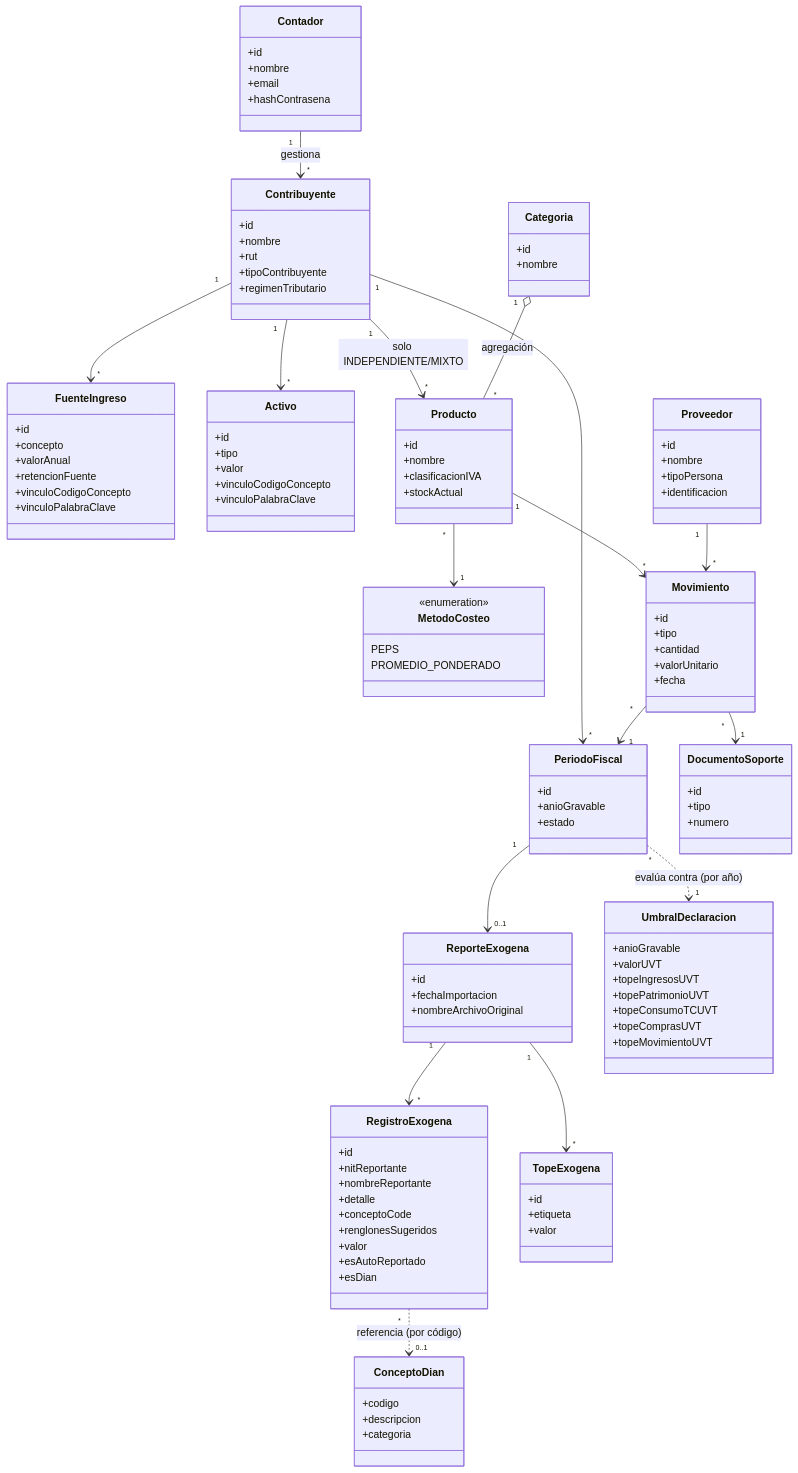
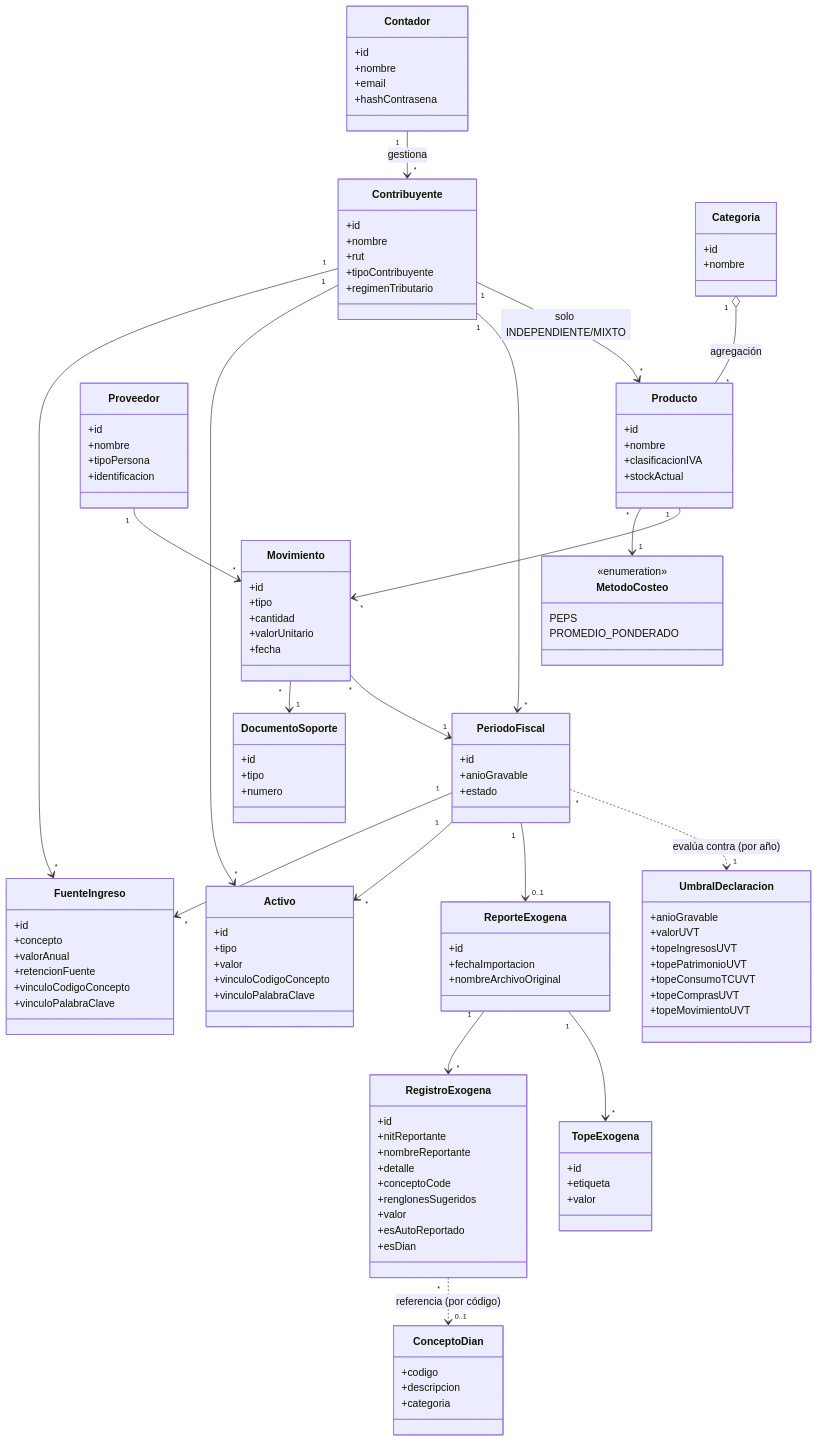
One commit to SergioB0515/Proyecto-UAN-Ing-de-software-Jairo changed the diagram in documentacion/07-diagrama-clases.md. Above: the diagram before and after it, drawn with Mermaid. The commit also changed other lines of this file and 88 other files, not shown here.

```diff
--- a/documentacion/07-diagrama-clases.md
+++ b/documentacion/07-diagrama-clases.md
@@ -128,6 +128,8 @@
     Contribuyente "1" --> "*" FuenteIngreso
     Contribuyente "1" --> "*" Activo
     Contribuyente "1" --> "*" PeriodoFiscal
+    PeriodoFiscal "1" --> "*" FuenteIngreso
+    PeriodoFiscal "1" --> "*" Activo
     Contribuyente "1" --> "*" Producto : solo INDEPENDIENTE/MIXTO
 
     PeriodoFiscal "1" --> "0..1" ReporteExogena
```
